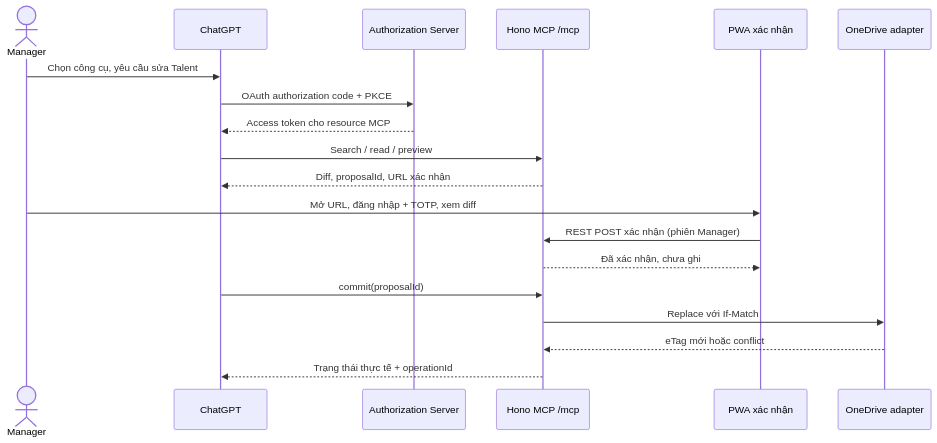
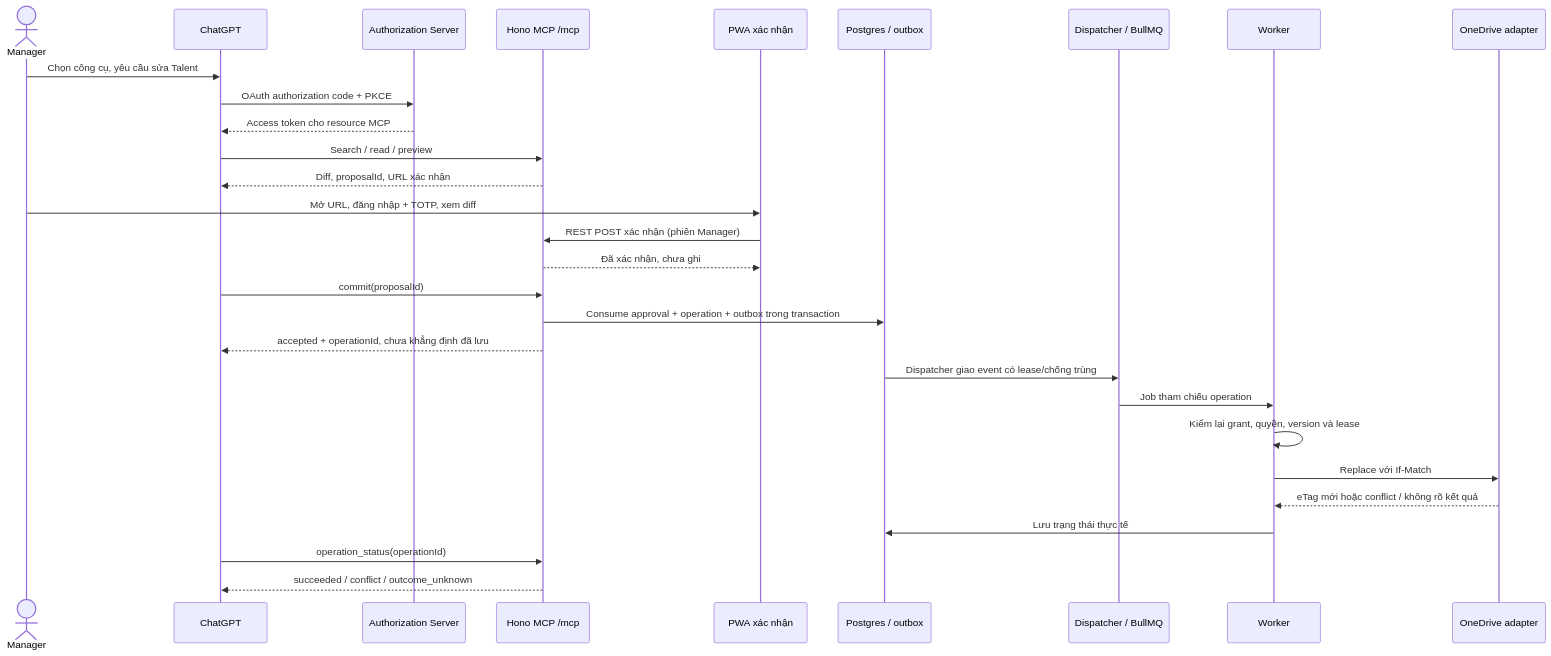
One commit to hailt-amcolab/ai_talent_os_docs changed the diagram in agent_spec/chatgpt-mcp-spec/HUONG_DAN_TICH_HOP_VI.md. Above: the diagram before and after it, drawn with Mermaid. The commit also changed other lines of this file and 180 other files, not shown here.

````diff
--- a/agent_spec/chatgpt-mcp-spec/HUONG_DAN_TICH_HOP_VI.md
+++ b/agent_spec/chatgpt-mcp-spec/HUONG_DAN_TICH_HOP_VI.md
@@ -28,21 +46,31 @@
 ```mermaid
 sequenceDiagram
   actor M as Manager
   participant C as ChatGPT
   participant A as Authorization Server
   participant B as Hono MCP /mcp
   participant W as PWA xác nhận
+  participant D as Postgres / outbox
+  participant Q as Dispatcher / BullMQ
+  participant E as Worker
   participant G as OneDrive adapter
   M->>C: Chọn công cụ, yêu cầu sửa Talent
   C->>A: OAuth authorization code + PKCE
   A-->>C: Access token cho resource MCP
   C->>B: Search / read / preview
   B-->>C: Diff, proposalId, URL xác nhận
   M->>W: Mở URL, đăng nhập + TOTP, xem diff
   W->>B: REST POST xác nhận (phiên Manager)
   B-->>W: Đã xác nhận, chưa ghi
   C->>B: commit(proposalId)
-  B->>G: Replace với If-Match
-  G-->>B: eTag mới hoặc conflict
-  B-->>C: Trạng thái thực tế + operationId
+  B->>D: Consume approval + operation + outbox trong transaction
+  B-->>C: accepted + operationId, chưa khẳng định đã lưu
+  D->>Q: Dispatcher giao event có lease/chống trùng
+  Q->>E: Job tham chiếu operation
+  E->>E: Kiểm lại grant, quyền, version và lease
+  E->>G: Replace với If-Match
+  G-->>E: eTag mới hoặc conflict / không rõ kết quả
+  E->>D: Lưu trạng thái thực tế
+  C->>B: operation_status(operationId)
+  B-->>C: succeeded / conflict / outcome_unknown
 ```
````
